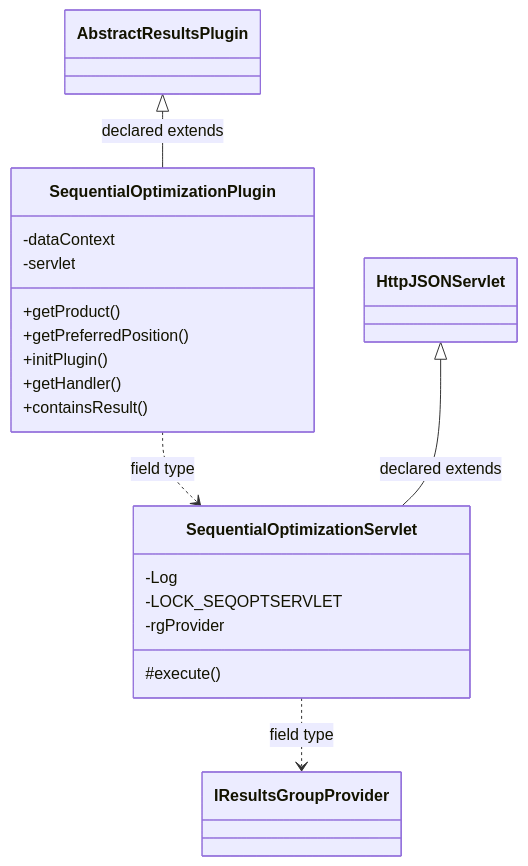
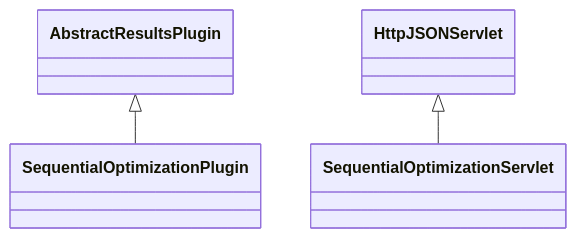
Before and after one commit to haruperi/HaruQuantAI: the diagram in docs/sqx/Results/ResultsSequentialOptimization.md, drawn with Mermaid. The commit also changed other lines of this file and 1688 other files, not shown here.

````diff
--- a/docs/sqx/Results/ResultsSequentialOptimization.md
+++ b/docs/sqx/Results/ResultsSequentialOptimization.md
@@ -30,25 +26,9 @@
 ```mermaid
 classDiagram
-    class C1f263a6145c9["SequentialOptimizationPlugin"] {
-        -dataContext
-        -servlet
-        +getProduct()
-        +getPreferredPosition()
-        +initPlugin()
-        +getHandler()
-        +containsResult()
-    }
-    class C952598fab7e6["SequentialOptimizationServlet"] {
-        -Log
-        -LOCK_SEQOPTSERVLET
-        -rgProvider
-        #execute()
-    }
-    class C180e0c3f58c3["AbstractResultsPlugin"]
-    class C9ceba9ba4bac["IResultsGroupProvider"]
-    class C8900f90ae594["HttpJSONServlet"]
-    C180e0c3f58c3 <|-- C1f263a6145c9 : declared extends
-    C1f263a6145c9 ..> C952598fab7e6 : field type
-    C8900f90ae594 <|-- C952598fab7e6 : declared extends
-    C952598fab7e6 ..> C9ceba9ba4bac : field type
+    class C0["SequentialOptimizationPlugin"]
+    class C1["SequentialOptimizationServlet"]
+    class E0["AbstractResultsPlugin"]
+    E0 <|-- C0
+    class E1["HttpJSONServlet"]
+    E1 <|-- C1
 ```
````
